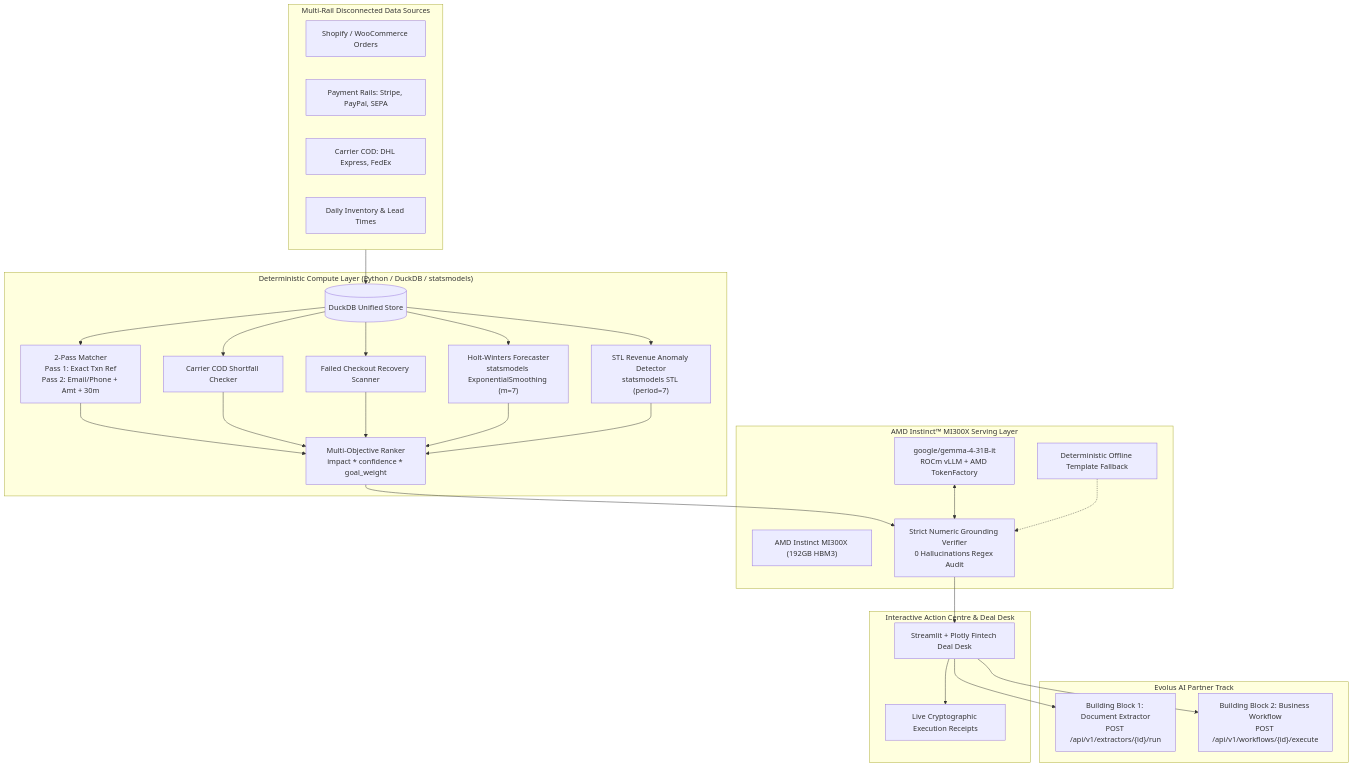
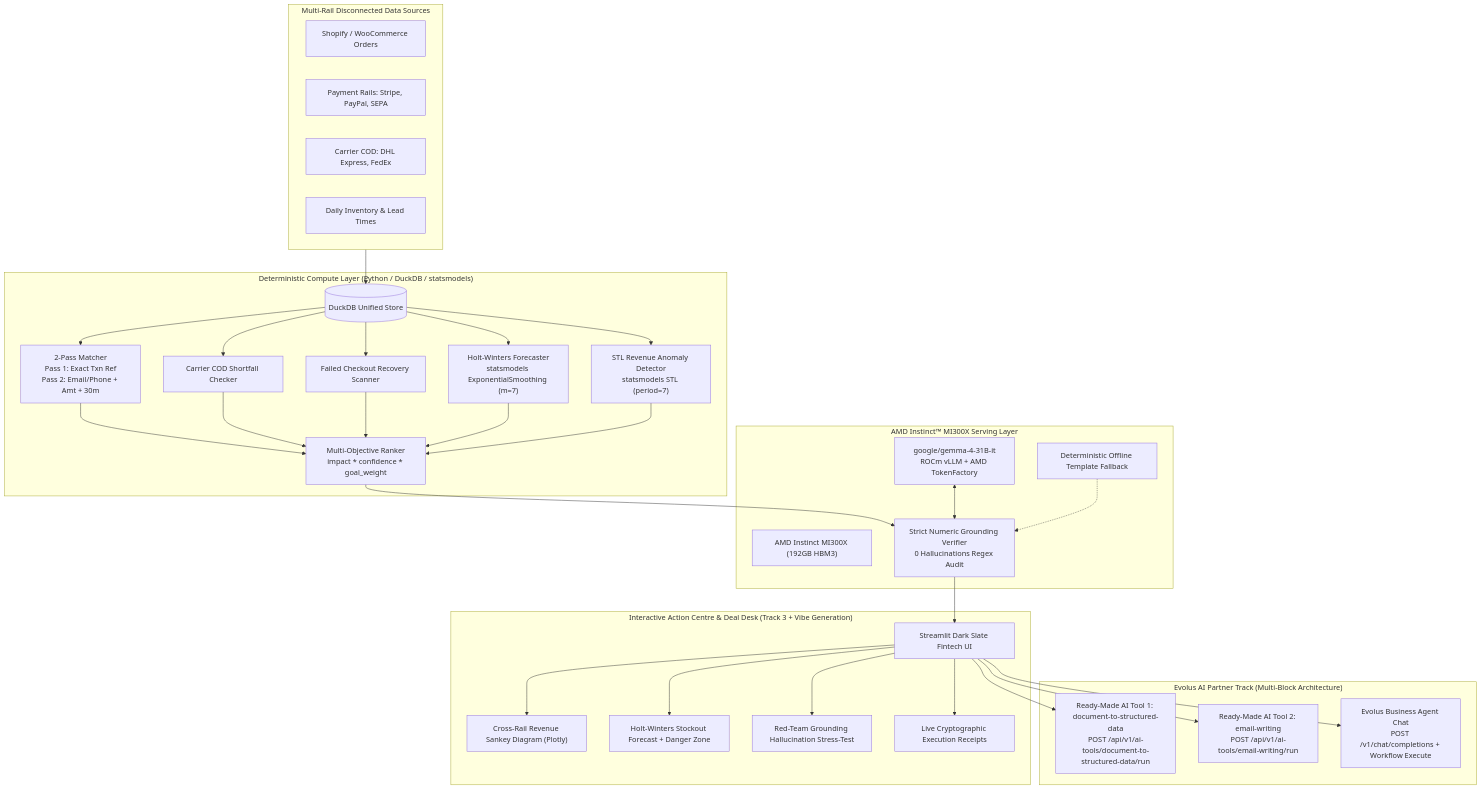
One commit to labib-morol/paylens-amd changed the diagram in README.md. Above: the diagram before and after it, drawn with Mermaid. The commit also changed other lines of this file and 2 other files, not shown here.

Commit message:
feat(evolus+ui): add Evolus multi-block API bridge, Sankey flow, Holt-Winters danger zone & Red-Team grounding stress test

````diff
--- a/README.md
+++ b/README.md
@@ -25,46 +25,50 @@
 ```mermaid
 flowchart TD
     subgraph MultiRailSources["Multi-Rail Disconnected Data Sources"]
         O["Shopify / WooCommerce Orders"]
         R["Payment Rails: Stripe, PayPal, SEPA"]
         C["Carrier COD: DHL Express, FedEx"]
         I["Daily Inventory & Lead Times"]
     end
 
     subgraph DeterministicEngine["Deterministic Compute Layer (Python / DuckDB / statsmodels)"]
         DDB[("DuckDB Unified Store")]
         LMatcher["2-Pass Matcher<br/>Pass 1: Exact Txn Ref<br/>Pass 2: Email/Phone + Amt + 30m"]
         CShortfall["Carrier COD Shortfall Checker"]
         RecovScan["Failed Checkout Recovery Scanner"]
         HWForecaster["Holt-Winters Forecaster<br/>statsmodels ExponentialSmoothing (m=7)"]
         STLDetector["STL Revenue Anomaly Detector<br/>statsmodels STL (period=7)"]
         Ranker["Multi-Objective Ranker<br/>impact * confidence * goal_weight"]
     end
 
     subgraph MI300XServing["AMD Instinct™ MI300X Serving Layer"]
         ROCm["AMD Instinct MI300X (192GB HBM3)"]
         Gemma["google/gemma-4-31B-it<br/>ROCm vLLM + AMD TokenFactory"]
         Grounding["Strict Numeric Grounding Verifier<br/>0 Hallucinations Regex Audit"]
         Fallback["Deterministic Offline Template Fallback"]
     end
 
-    subgraph EvolusPartnerTrack["Evolus AI Partner Track"]
-        ExtrBlock["Building Block 1: Document Extractor<br/>POST /api/v1/extractors/{id}/run"]
-        WorkBlock["Building Block 2: Business Workflow<br/>POST /api/v1/workflows/{id}/execute"]
+    subgraph EvolusPartnerTrack["Evolus AI Partner Track (Multi-Block Architecture)"]
+        Tool1["Ready-Made AI Tool 1: document-to-structured-data<br/>POST /api/v1/ai-tools/document-to-structured-data/run"]
+        Tool2["Ready-Made AI Tool 2: email-writing<br/>POST /api/v1/ai-tools/email-writing/run"]
+        AgentChat["Evolus Business Agent Chat<br/>POST /v1/chat/completions + Workflow Execute"]
     end
 
-    subgraph UI["Interactive Action Centre & Deal Desk"]
-        Streamlit["Streamlit + Plotly Fintech Deal Desk"]
+    subgraph UI["Interactive Action Centre & Deal Desk (Track 3 + Vibe Generation)"]
+        Streamlit["Streamlit Dark Slate Fintech UI"]
+        Sankey["Cross-Rail Revenue Sankey Diagram (Plotly)"]
+        HWChart["Holt-Winters Stockout Forecast + Danger Zone"]
+        RedTeam["Red-Team Grounding Hallucination Stress-Test"]
         Receipts["Live Cryptographic Execution Receipts"]
     end
 
     MultiRailSources --> DDB
     DDB --> LMatcher & CShortfall & RecovScan & HWForecaster & STLDetector
     LMatcher & CShortfall & RecovScan & HWForecaster & STLDetector --> Ranker
     Ranker --> Grounding
     Gemma <--> Grounding
     Grounding --> Streamlit
     Fallback -.-> Grounding
-    Streamlit --> ExtrBlock & WorkBlock
-    Streamlit --> Receipts
+    Streamlit --> Tool1 & Tool2 & AgentChat
+    Streamlit --> Sankey & HWChart & RedTeam & Receipts
 ```
````
